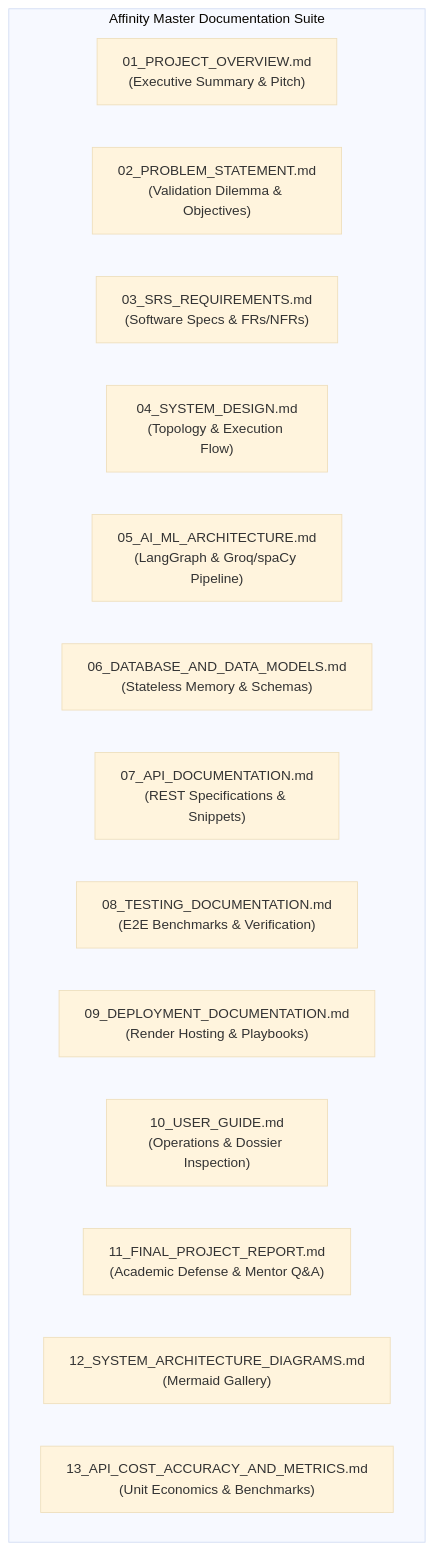
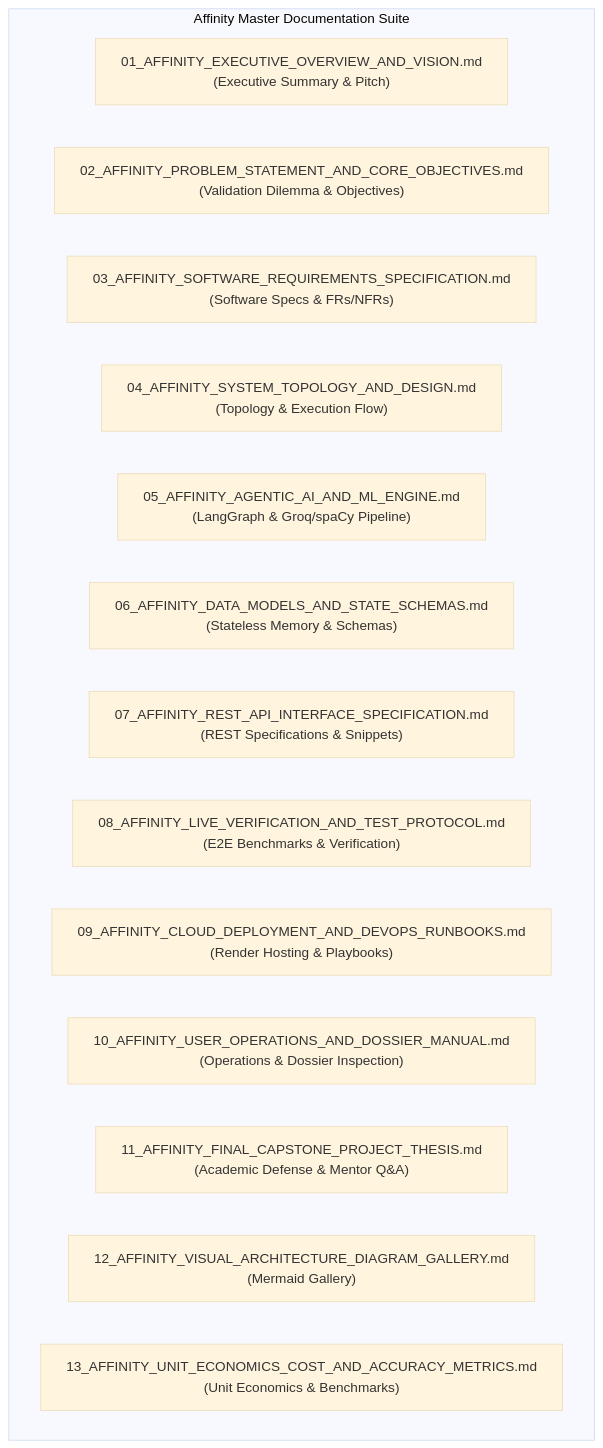
The diagram in docs/README.md (Yasaswini-ch/Development-of-AI-Based-Startup-Idea-Validator-with-Market-Analysis-Assistance), drawn with Mermaid (base theme) before and after one commit. The commit also changed other lines of this file and 24 other files, not shown here.

Commit message:
docs: expand technical documentation suite to 21 modules including Milestone 3 specifications, distinct file naming, and GFM Mermaid diagram fixes

````diff
--- a/docs/README.md
+++ b/docs/README.md
@@ -12,18 +12,18 @@
 ```mermaid
 flowchart TD
     subgraph DocsSuite["Affinity Master Documentation Suite"]
-        Overview["01_PROJECT_OVERVIEW.md\n(Executive Summary & Pitch)"]
-        Problem["02_PROBLEM_STATEMENT.md\n(Validation Dilemma & Objectives)"]
-        SRS["03_SRS_REQUIREMENTS.md\n(Software Specs & FRs/NFRs)"]
-        SystemDesign["04_SYSTEM_DESIGN.md\n(Topology & Execution Flow)"]
-        AIML["05_AI_ML_ARCHITECTURE.md\n(LangGraph & Groq/spaCy Pipeline)"]
-        DataModels["06_DATABASE_AND_DATA_MODELS.md\n(Stateless Memory & Schemas)"]
-        APIDocs["07_API_DOCUMENTATION.md\n(REST Specifications & Snippets)"]
-        Testing["08_TESTING_DOCUMENTATION.md\n(E2E Benchmarks & Verification)"]
-        DevOps["09_DEPLOYMENT_DOCUMENTATION.md\n(Render Hosting & Playbooks)"]
-        UserGuide["10_USER_GUIDE.md\n(Operations & Dossier Inspection)"]
-        Capstone["11_FINAL_PROJECT_REPORT.md\n(Academic Defense & Mentor Q&A)"]
-        Diagrams["12_SYSTEM_ARCHITECTURE_DIAGRAMS.md\n(Mermaid Gallery)"]
-        Metrics["13_API_COST_ACCURACY_AND_METRICS.md\n(Unit Economics & Benchmarks)"]
+        Overview["01_AFFINITY_EXECUTIVE_OVERVIEW_AND_VISION.md\n(Executive Summary & Pitch)"]
+        Problem["02_AFFINITY_PROBLEM_STATEMENT_AND_CORE_OBJECTIVES.md\n(Validation Dilemma & Objectives)"]
+        SRS["03_AFFINITY_SOFTWARE_REQUIREMENTS_SPECIFICATION.md\n(Software Specs & FRs/NFRs)"]
+        SystemDesign["04_AFFINITY_SYSTEM_TOPOLOGY_AND_DESIGN.md\n(Topology & Execution Flow)"]
+        AIML["05_AFFINITY_AGENTIC_AI_AND_ML_ENGINE.md\n(LangGraph & Groq/spaCy Pipeline)"]
+        DataModels["06_AFFINITY_DATA_MODELS_AND_STATE_SCHEMAS.md\n(Stateless Memory & Schemas)"]
+        APIDocs["07_AFFINITY_REST_API_INTERFACE_SPECIFICATION.md\n(REST Specifications & Snippets)"]
+        Testing["08_AFFINITY_LIVE_VERIFICATION_AND_TEST_PROTOCOL.md\n(E2E Benchmarks & Verification)"]
+        DevOps["09_AFFINITY_CLOUD_DEPLOYMENT_AND_DEVOPS_RUNBOOKS.md\n(Render Hosting & Playbooks)"]
+        UserGuide["10_AFFINITY_USER_OPERATIONS_AND_DOSSIER_MANUAL.md\n(Operations & Dossier Inspection)"]
+        Capstone["11_AFFINITY_FINAL_CAPSTONE_PROJECT_THESIS.md\n(Academic Defense & Mentor Q&A)"]
+        Diagrams["12_AFFINITY_VISUAL_ARCHITECTURE_DIAGRAM_GALLERY.md\n(Mermaid Gallery)"]
+        Metrics["13_AFFINITY_UNIT_ECONOMICS_COST_AND_ACCURACY_METRICS.md\n(Unit Economics & Benchmarks)"]
     end
 ```
````
